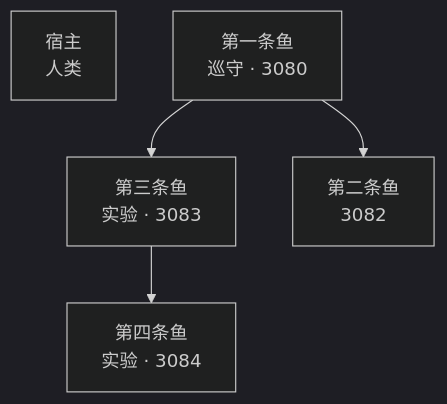
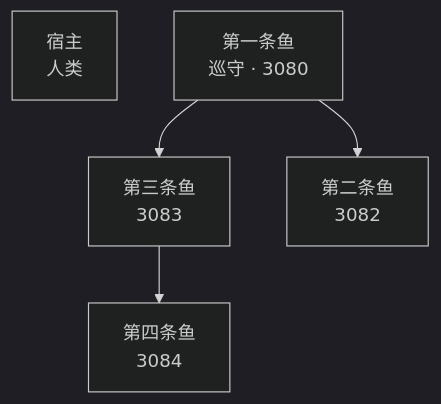
One commit to FabianActor/dsh-lil-whale changed the diagram in docs/detail/鱼塘谱系.md. Above: the diagram before and after it, drawn with Mermaid (dark theme). The commit also changed other lines of this file and 12 other files, not shown here.

````diff
--- a/docs/detail/鱼塘谱系.md
+++ b/docs/detail/鱼塘谱系.md
@@ -10,11 +10,11 @@
 ```mermaid
 graph TD
   fabian["宿主<br/>人类"]
-  fishball["第三条鱼<br/>实验 · 3083"]
+  fishball["第三条鱼<br/>3083"]
   lee["第一条鱼<br/>巡守 · 3080"]
   whale["第二条鱼<br/>3082"]
-  xiaoman["第四条鱼<br/>实验 · 3084"]
+  xiaoman["第四条鱼<br/>3084"]
   lee --> fishball
   lee --> whale
   fishball --> xiaoman
 ```
````
